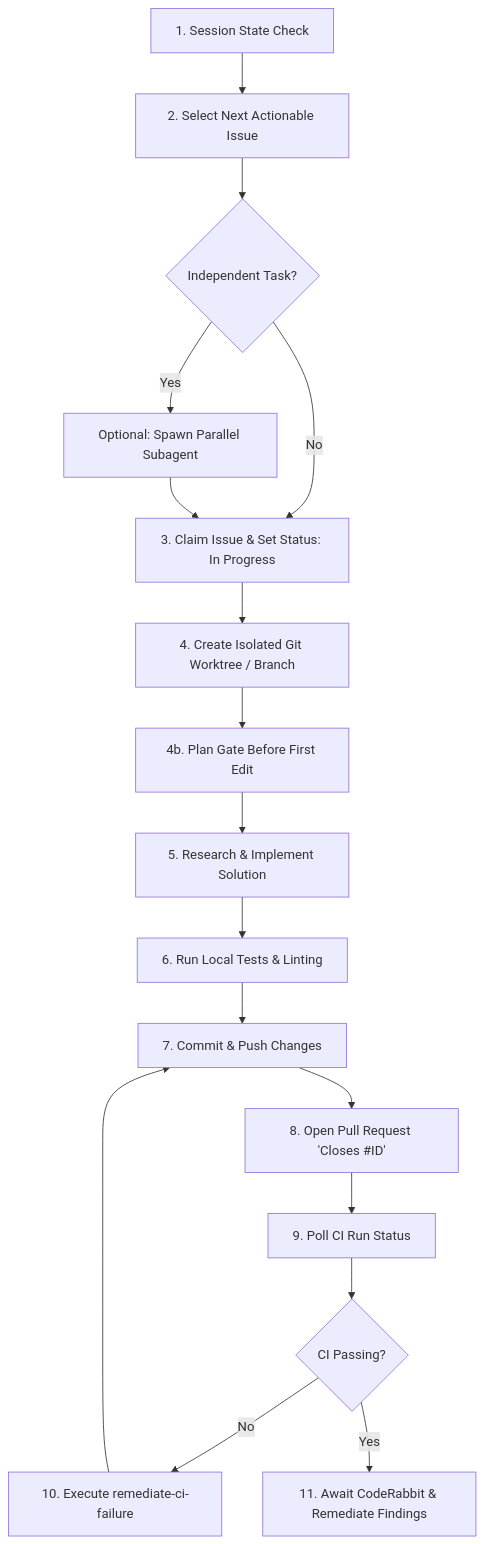
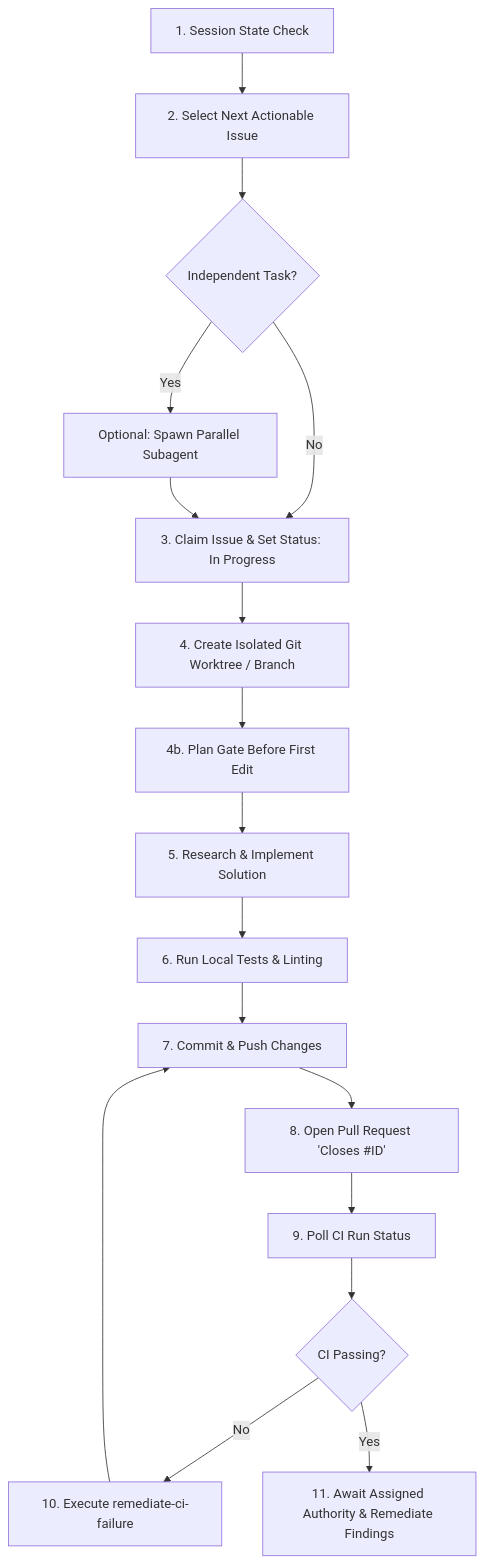
One commit to gillella/Aru_Agentic_SDLC changed the diagram in skills/implement-next-issue/SKILL.md. Above: the diagram before and after it, drawn with Mermaid. The commit also changed other lines of this file and 14 other files, not shown here.

````diff
--- a/skills/implement-next-issue/SKILL.md
+++ b/skills/implement-next-issue/SKILL.md
@@ -26,18 +26,18 @@
 ```mermaid
 flowchart TD
     A[1. Session State Check] --> B[2. Select Next Actionable Issue]
     B --> C{Independent Task?}
     C -- Yes --> D[Optional: Spawn Parallel Subagent]
     C -- No --> E[3. Claim Issue & Set Status: In Progress]
     D --> E
     E --> F[4. Create Isolated Git Worktree / Branch]
     F --> P[4b. Plan Gate Before First Edit]
     P --> G[5. Research & Implement Solution]
     G --> H[6. Run Local Tests & Linting]
     H --> I[7. Commit & Push Changes]
     I --> J[8. Open Pull Request 'Closes #ID']
     J --> K[9. Poll CI Run Status]
     K --> L{CI Passing?}
     L -- No --> M[10. Execute remediate-ci-failure] --> I
-    L -- Yes --> N[11. Await CodeRabbit & Remediate Findings]
+    L -- Yes --> N[11. Await Assigned Authority & Remediate Findings]
 ```
````
